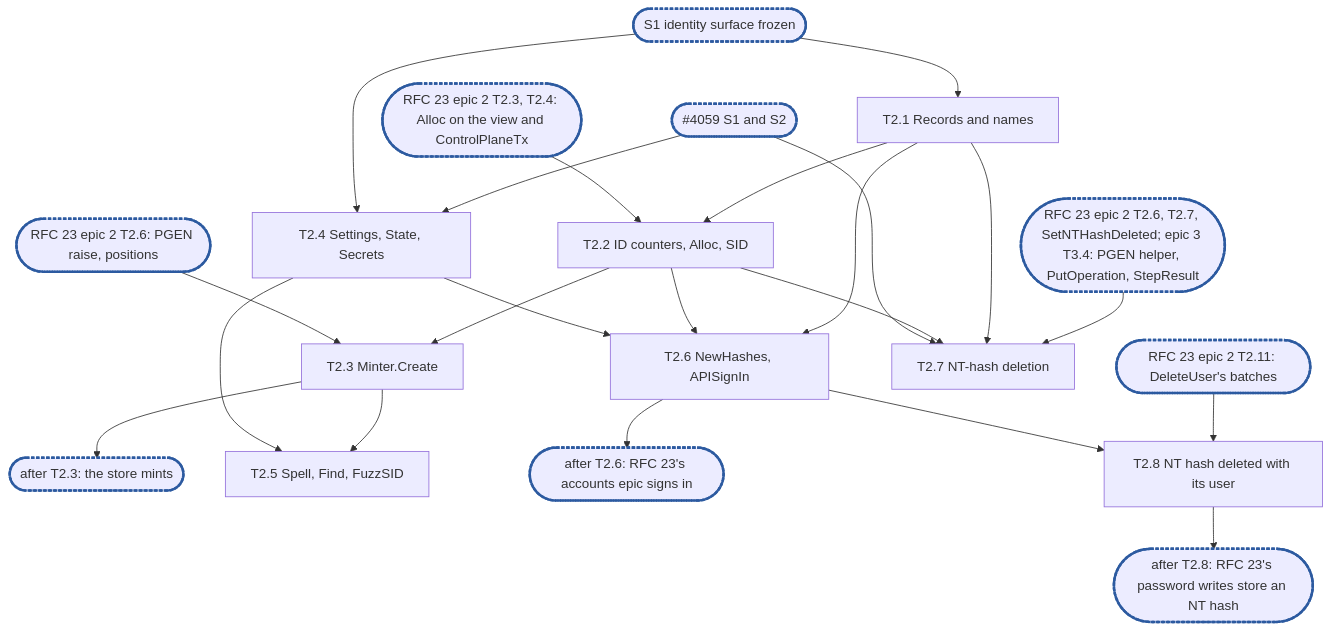
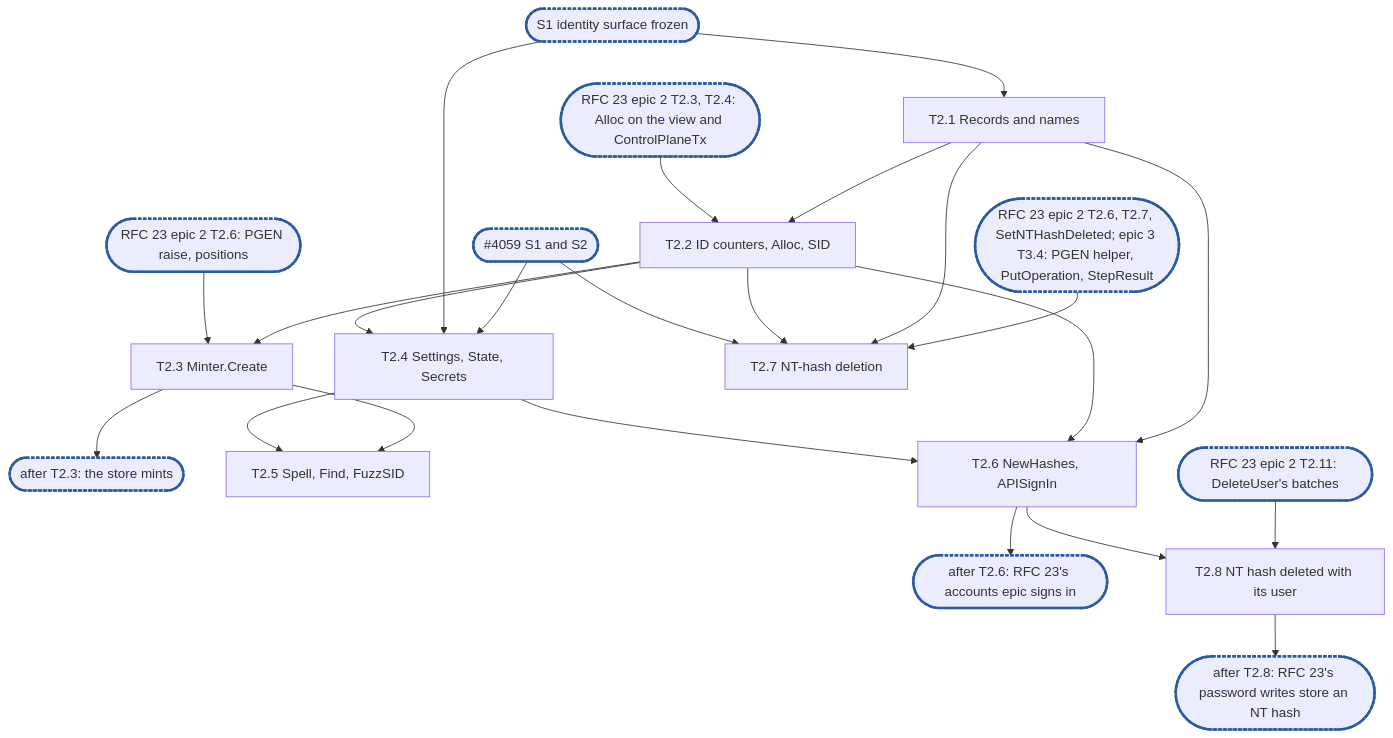
One commit to cubbit/dittofs changed the diagram in docs/internals/planning/rfc-18-identity-epic2.md. Above: the diagram before and after it, drawn with Mermaid. The commit also changed other lines of this file and 1 other file, not shown here.

````diff
--- a/docs/internals/planning/rfc-18-identity-epic2.md
+++ b/docs/internals/planning/rfc-18-identity-epic2.md
@@ -651,20 +679,21 @@
 ```mermaid
 flowchart TD
   S1(["S1 identity surface frozen"]):::sync --> T2_1["T2.1 Records and names"]
   T2_1 --> T2_2["T2.2 ID counters, Alloc, SID"]
   T2_2 --> T2_3["T2.3 Minter.Create"]
   T2_3 --> C1(["after T2.3: the store mints"]):::sync
   X59(["#4059 S1 and S2"]):::sync --> T2_4["T2.4 Settings, State, Secrets"]
   S1 --> T2_4
+  T2_2 --> T2_4
   T2_3 & T2_4 --> T2_5["T2.5 Spell, Find, FuzzSID"]
   T2_1 & T2_2 & T2_4 --> T2_6["T2.6 NewHashes, APISignIn"]
   T2_6 --> C2(["after T2.6: RFC 23's accounts epic signs in"]):::sync
   X23a(["RFC 23 epic 2 T2.3, T2.4: Alloc on the view and ControlPlaneTx"]):::sync --> T2_2
   X23b(["RFC 23 epic 2 T2.6: PGEN raise, positions"]):::sync --> T2_3
   X23c(["RFC 23 epic 2 T2.11: DeleteUser's batches"]):::sync --> T2_8["T2.8 NT hash deleted with its user"]
   T2_6 --> T2_8
   T2_8 --> C3(["after T2.8: RFC 23's password writes store an NT hash"]):::sync
   X23d(["RFC 23 epic 2 T2.6, T2.7, SetNTHashDeleted; epic 3 T3.4: PGEN helper, PutOperation, StepResult"]):::sync --> T2_7["T2.7 NT-hash deletion"]
   T2_1 & T2_2 & X59 --> T2_7
   classDef sync stroke:#2c5aa0,stroke-width:3px,stroke-dasharray:4 2
 ```
````
